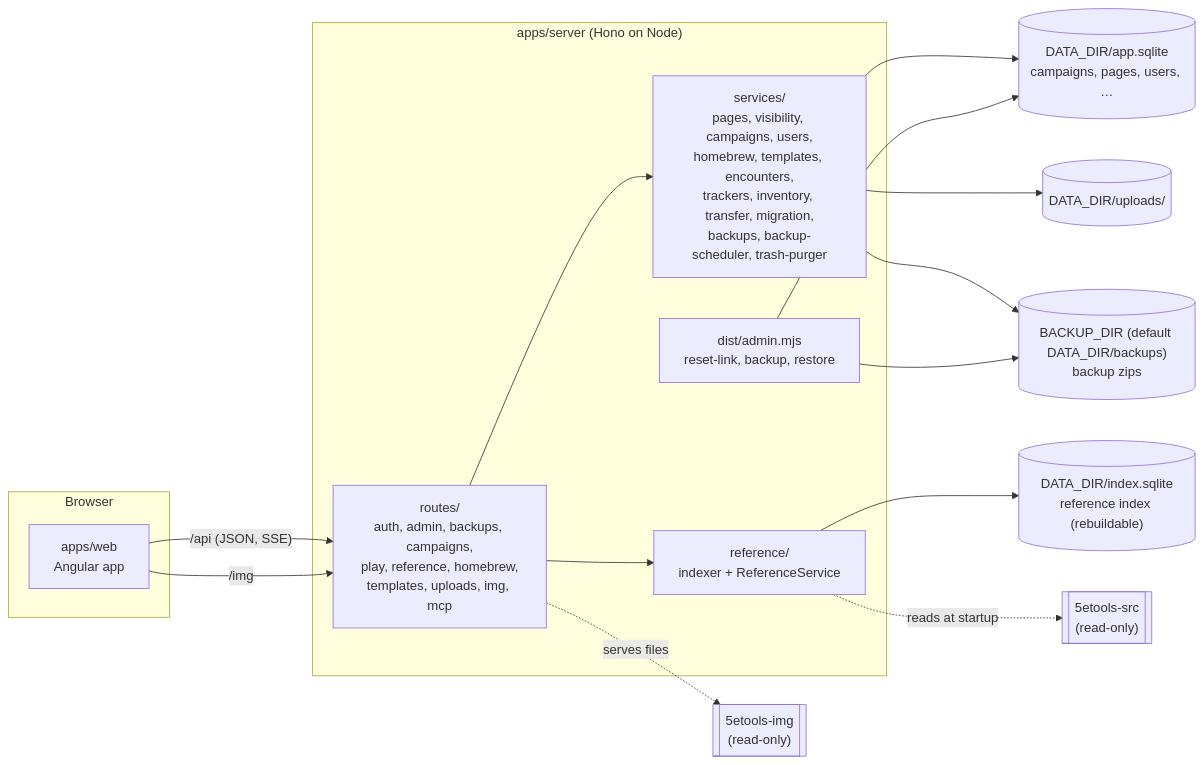
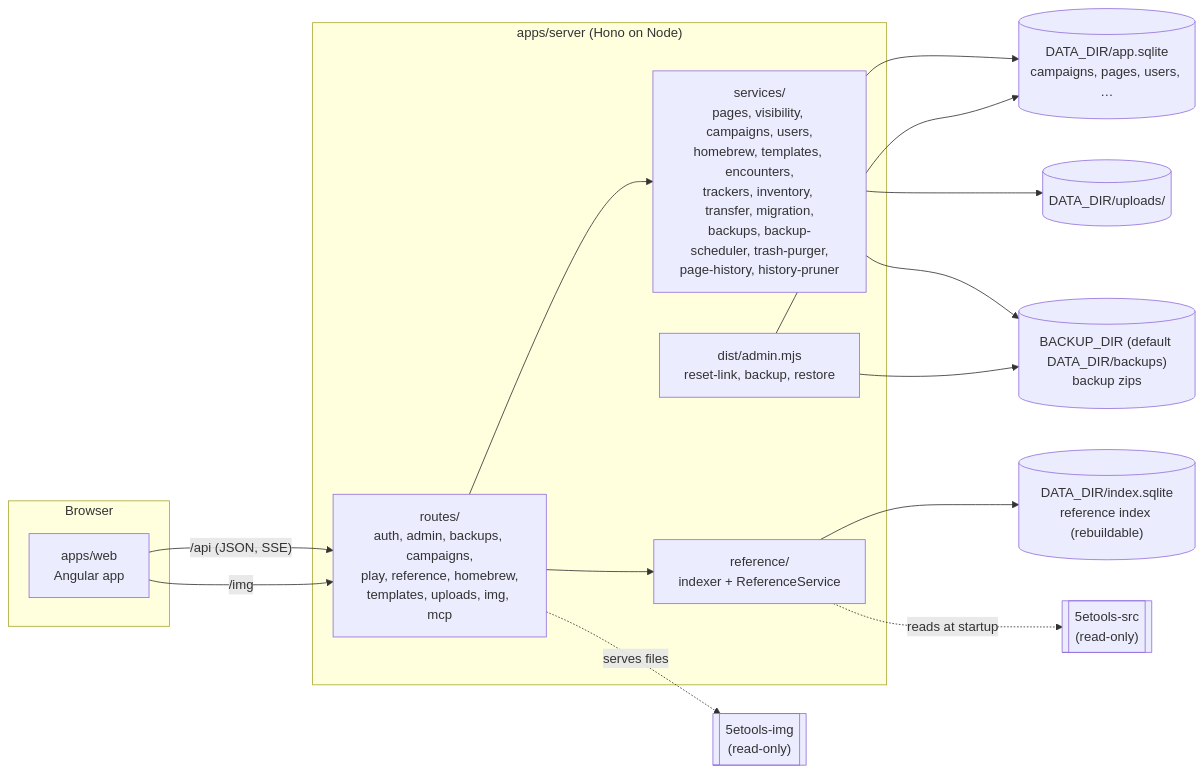
Before and after one commit to Merilairon/critical-notes: the first of 2 diagrams in docs/ARCHITECTURE.md, drawn with Mermaid. The commit also changed other lines of this file and 41 other files, not shown here.

Commit message:
feat: record page revisions (history tables, write contexts, pruner)

````diff
--- a/docs/ARCHITECTURE.md
+++ b/docs/ARCHITECTURE.md
@@ -8,31 +8,31 @@
 ```mermaid
 flowchart LR
   subgraph Browser
     web["apps/web<br/>Angular app"]
   end
   subgraph Server["apps/server (Hono on Node)"]
     routes["routes/<br/>auth, admin, backups, campaigns,<br/>play, reference, homebrew,<br/>templates, uploads, img, mcp"]
-    services["services/<br/>pages, visibility, campaigns, users,<br/>homebrew, templates, encounters,<br/>trackers, inventory, transfer, migration,<br/>backups, backup-scheduler, trash-purger"]
+    services["services/<br/>pages, visibility, campaigns, users,<br/>homebrew, templates, encounters,<br/>trackers, inventory, transfer, migration,<br/>backups, backup-scheduler, trash-purger,<br/>page-history, history-pruner"]
     indexer["reference/<br/>indexer + ReferenceService"]
     cli["dist/admin.mjs<br/>reset-link, backup, restore"]
   end
   appdb[("DATA_DIR/app.sqlite<br/>campaigns, pages, users, …")]
   indexdb[("DATA_DIR/index.sqlite<br/>reference index (rebuildable)")]
   uploads[("DATA_DIR/uploads/")]
   backups[("BACKUP_DIR (default DATA_DIR/backups)<br/>backup zips")]
   src[["5etools-src<br/>(read-only)"]]
   img[["5etools-img<br/>(read-only)"]]
 
   web -- "/api (JSON, SSE)" --> routes
   web -- "/img" --> routes
   routes --> services
   services --> appdb
   services --> uploads
   routes --> indexer
   indexer --> indexdb
   indexer -. "reads at startup" .-> src
   routes -. "serves files" .-> img
   services --> backups
   cli --> appdb
   cli --> backups
 ```
````
